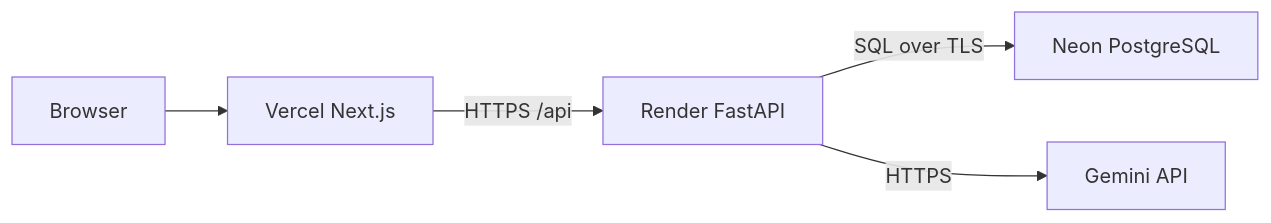
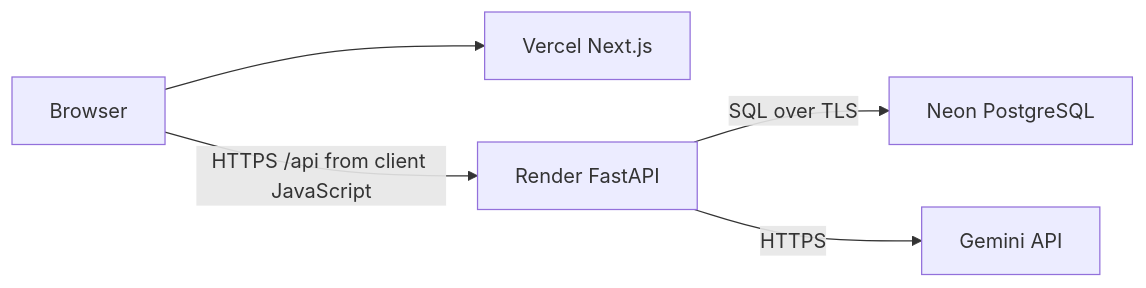
Before and after one commit to pavanpatil76005/AI-Multitask-Chatbot-: the diagram in docs/architecture.md, drawn with Mermaid. The commit also changed other lines of this file and 5 other files, not shown here.

````diff
--- a/docs/architecture.md
+++ b/docs/architecture.md
@@ -5,7 +5,7 @@
 ```mermaid
 flowchart LR
     U[Browser] --> V[Vercel Next.js]
-    V -->|HTTPS /api| R[Render FastAPI]
+    U -->|HTTPS /api from client JavaScript| R[Render FastAPI]
     R -->|SQL over TLS| N[Neon PostgreSQL]
     R -->|HTTPS| G[Gemini API]
 ```
````
